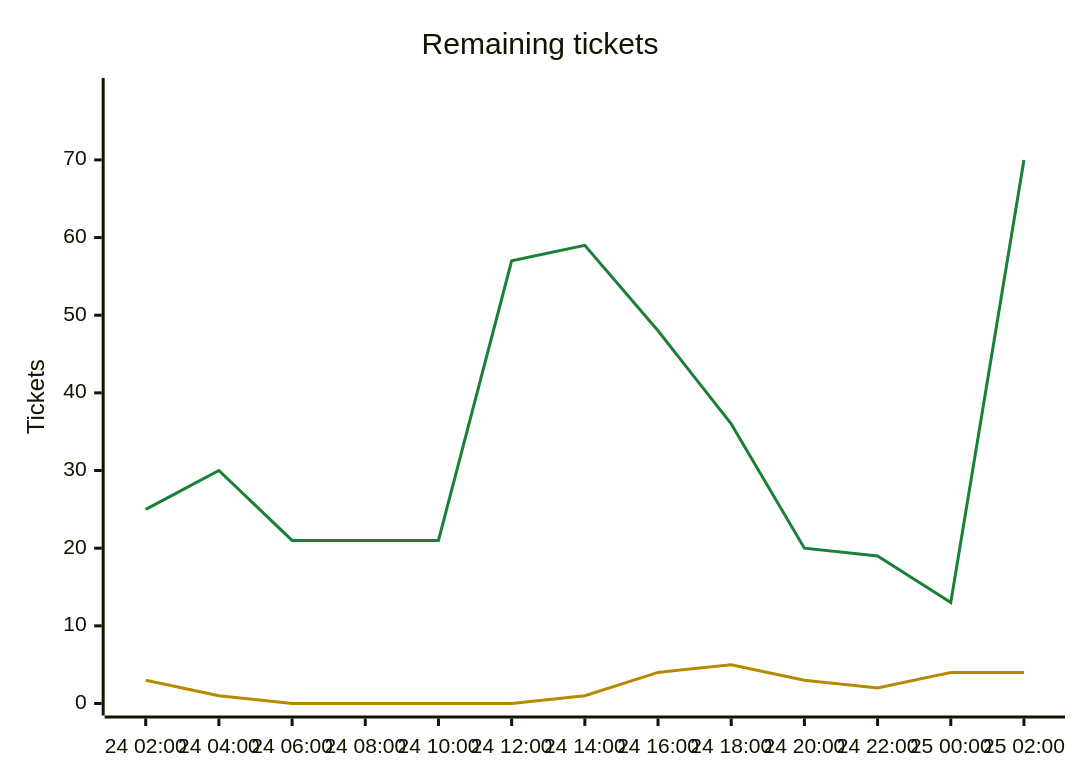
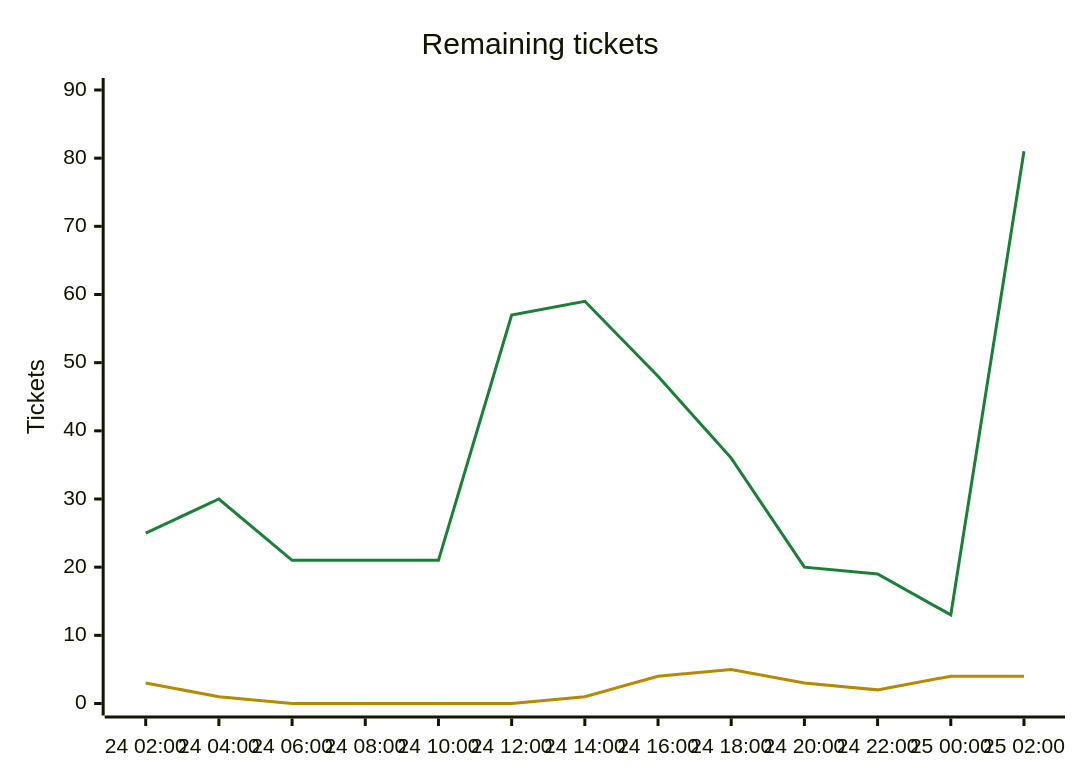
One commit to Kenmura/Unciv changed the second of 2 diagrams in csharp/migration/DEPENDENCY_MAP.md. Above: the diagram before and after it, drawn with Mermaid. The commit also changed other lines of this file and 1 other file, not shown here.

````diff
--- a/csharp/migration/DEPENDENCY_MAP.md
+++ b/csharp/migration/DEPENDENCY_MAP.md
@@ -490,9 +547,9 @@
 ```mermaid
 %%{init: {"themeVariables": {"xyChart": {"plotColorPalette": "#1a7f37, #b58900"}}}}%%
 xychart-beta
     title "Remaining tickets"
     x-axis ["24 02:00", "24 04:00", "24 06:00", "24 08:00", "24 10:00", "24 12:00", "24 14:00", "24 16:00", "24 18:00", "24 20:00", "24 22:00", "25 00:00", "25 02:00"]
-    y-axis "Tickets" 0 --> 79
-    line [25, 30, 21, 21, 21, 57, 59, 48, 36, 20, 19, 13, 70]
+    y-axis "Tickets" 0 --> 90
+    line [25, 30, 21, 21, 21, 57, 59, 48, 36, 20, 19, 13, 81]
     line [3, 1, 0, 0, 0, 0, 1, 4, 5, 3, 2, 4, 4]
 ```
````
